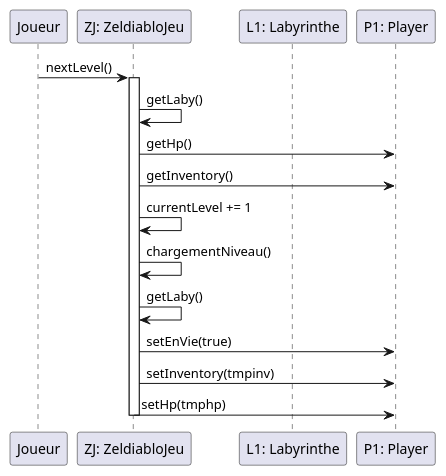
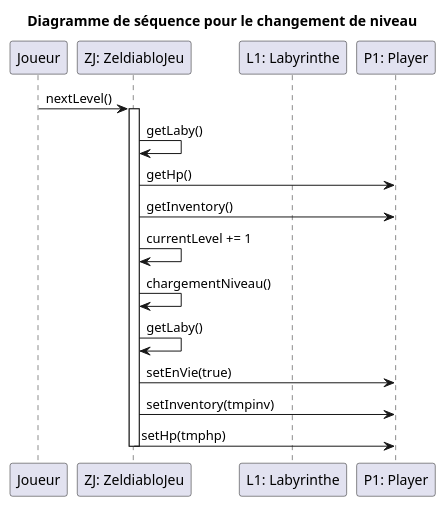
The diagram in zeldiablo/documents/iteration-3/DiagrammenextLevel/diagramme-sequence-nextLevel.puml (zonetecde/BUT_S2_2025_Zeldiablo_e22359u_e82916u_e77582u_e85474u), drawn with PlantUML before and after one commit. The commit also changed 4 other files, not shown here.

Commit message:
Refactor des diagrammes et ajout des titres

```diff
--- a/zeldiablo/documents/iteration-3/DiagrammenextLevel/diagramme-sequence-nextLevel.puml
+++ b/zeldiablo/documents/iteration-3/DiagrammenextLevel/diagramme-sequence-nextLevel.puml
@@ -1,19 +1,22 @@
 @startuml
+
+title Diagramme de séquence pour le changement de niveau
+
 participant Joueur
 participant "ZJ: ZeldiabloJeu" as Jeu
 participant "L1: Labyrinthe" as Laby
 participant "P1: Player" as Player
 
 Joueur -> Jeu : nextLevel()
 activate Jeu
 Jeu -> Jeu : getLaby()
 Jeu -> Player : getHp()
 Jeu -> Player : getInventory()
 Jeu -> Jeu : currentLevel += 1
 Jeu -> Jeu : chargementNiveau()
 Jeu -> Jeu : getLaby()
 Jeu -> Player : setEnVie(true)
 Jeu -> Player : setInventory(tmpinv)
 Jeu -> Player : setHp(tmphp)
 deactivate Jeu
 @enduml
```
